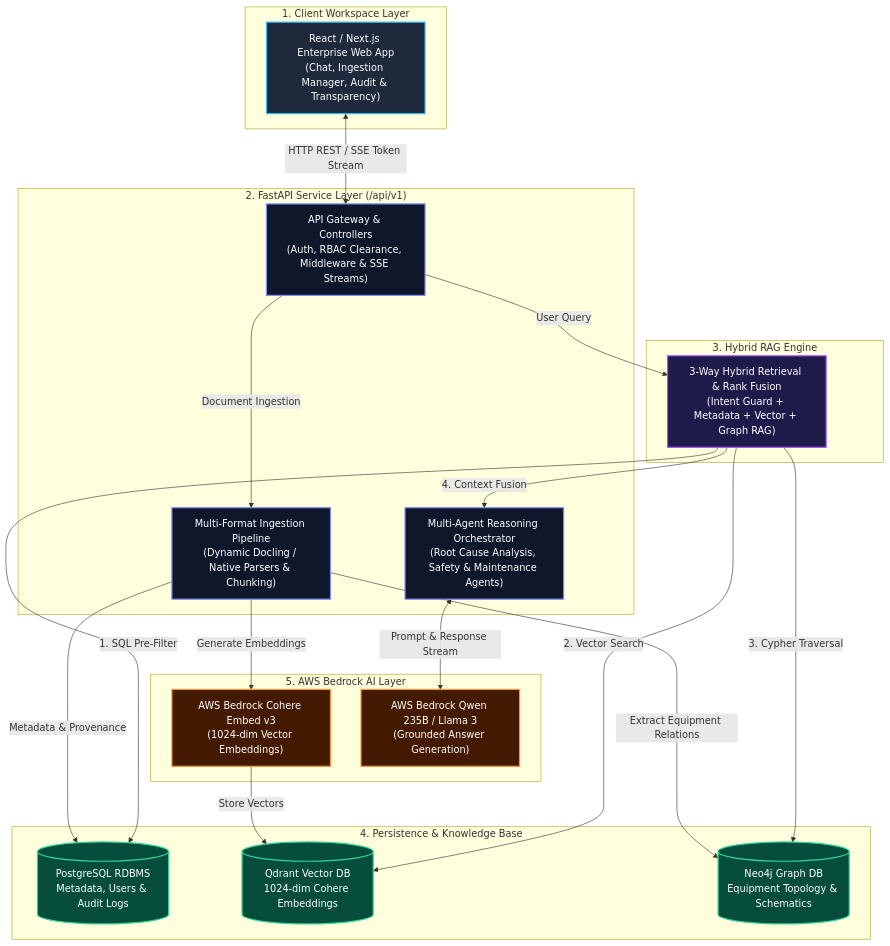
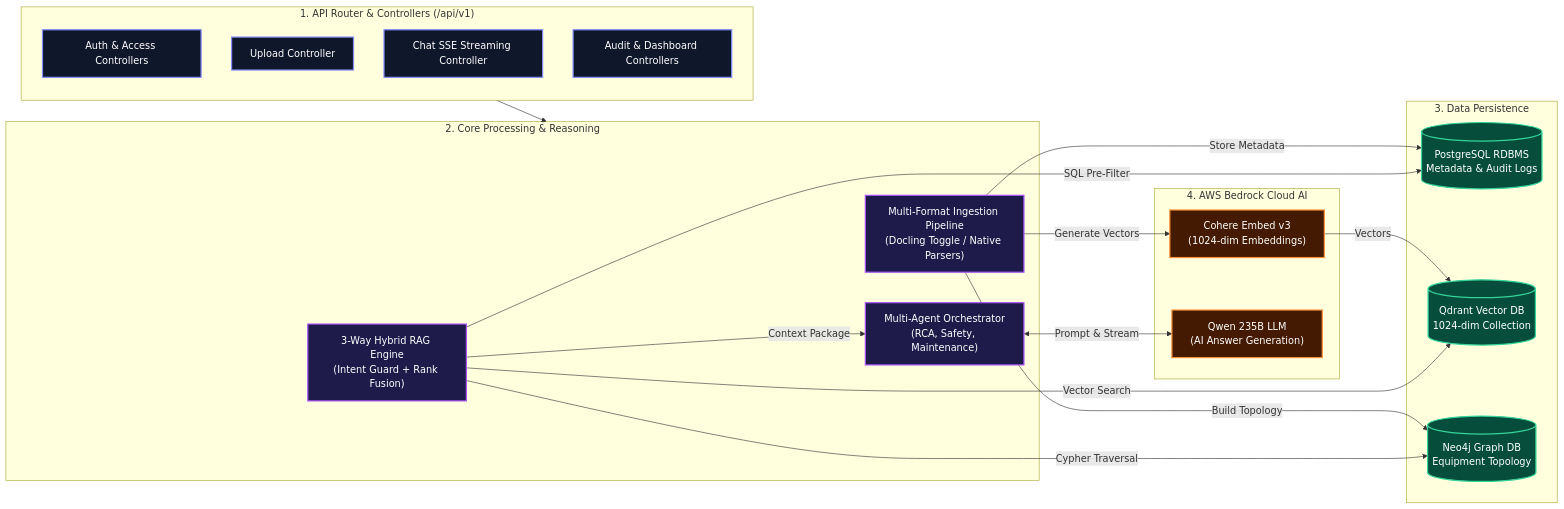
Before and after one commit to CHERRY0456/Sangrahalayamu---Unified-Brain-AI: the diagram in backend/README.md, drawn with Mermaid. The commit also changed other lines of this file and 2 other files, not shown here.

````diff
--- a/backend/README.md
+++ b/backend/README.md
@@ -9,49 +9,41 @@
 ```mermaid
-graph TD
-    classDef frontend fill:#1e293b,stroke:#38bdf8,stroke-width:2px,color:#fff;
-    classDef backend fill:#0f172a,stroke:#818cf8,stroke-width:2px,color:#fff;
-    classDef rag fill:#1e1b4b,stroke:#a855f7,stroke-width:2px,color:#fff;
-    classDef storage fill:#064e3b,stroke:#34d399,stroke-width:2px,color:#fff;
-    classDef bedrock fill:#451a03,stroke:#fb923c,stroke-width:2px,color:#fff;
+graph LR
+    classDef api fill:#0f172a,stroke:#818cf8,stroke-width:2px,color:#fff;
+    classDef engine fill:#1e1b4b,stroke:#a855f7,stroke-width:2px,color:#fff;
+    classDef db fill:#064e3b,stroke:#34d399,stroke-width:2px,color:#fff;
+    classDef ai fill:#451a03,stroke:#fb923c,stroke-width:2px,color:#fff;
 
-    subgraph UserInterface ["1. Client Workspace Layer"]
-        UI["React / Next.js Enterprise Web App<br/>(Chat, Ingestion Manager, Audit & Transparency)"]:::frontend
+    subgraph API ["1. API Router & Controllers (/api/v1)"]
+        A1["Auth & Access Controllers"]:::api
+        A2["Upload Controller"]:::api
+        A3["Chat SSE Streaming Controller"]:::api
+        A4["Audit & Dashboard Controllers"]:::api
     end
 
-    subgraph ApplicationLayer ["2. FastAPI Service Layer (/api/v1)"]
-        API["API Gateway & Controllers<br/>(Auth, RBAC Clearance, Middleware & SSE Streams)"]:::backend
-        Ingestion["Multi-Format Ingestion Pipeline<br/>(Dynamic Docling / Native Parsers & Chunking)"]:::backend
-        Agents["Multi-Agent Reasoning Orchestrator<br/>(Root Cause Analysis, Safety & Maintenance Agents)"]:::backend
+    subgraph CoreEngine ["2. Core Processing & Reasoning"]
+        E1["Multi-Format Ingestion Pipeline<br/>(Docling Toggle / Native Parsers)"]:::engine
+        E2["3-Way Hybrid RAG Engine<br/>(Intent Guard + Rank Fusion)"]:::engine
+        E3["Multi-Agent Orchestrator<br/>(RCA, Safety, Maintenance)"]:::engine
     end
 
-    subgraph HybridRAG ["3. Hybrid RAG Engine"]
-        Retrieval["3-Way Hybrid Retrieval & Rank Fusion<br/>(Intent Guard + Metadata + Vector + Graph RAG)"]:::rag
+    subgraph Storage ["3. Data Persistence"]
+        D1[(PostgreSQL RDBMS<br/>Metadata & Audit Logs)]:::db
+        D2[(Qdrant Vector DB<br/>1024-dim Collection)]:::db
+        D3[(Neo4j Graph DB<br/>Equipment Topology)]:::db
     end
 
-    subgraph DataPersistence ["4. Persistence & Knowledge Base"]
-        Postgres[(PostgreSQL RDBMS<br/>Metadata, Users & Audit Logs)]:::storage
-        Qdrant[(Qdrant Vector DB<br/>1024-dim Cohere Embeddings)]:::storage
-        Neo4j[(Neo4j Graph DB<br/>Equipment Topology & Schematics)]:::storage
+    subgraph Bedrock ["4. AWS Bedrock Cloud AI"]
+        B1["Cohere Embed v3<br/>(1024-dim Embeddings)"]:::ai
+        B2["Qwen 235B LLM<br/>(AI Answer Generation)"]:::ai
     end
 
-    subgraph FoundationAI ["5. AWS Bedrock AI Layer"]
-        Cohere["AWS Bedrock Cohere Embed v3<br/>(1024-dim Vector Embeddings)"]:::bedrock
-        LLM["AWS Bedrock Qwen 235B / Llama 3<br/>(Grounded Answer Generation)"]:::bedrock
-    end
-
-    %% Data flow connections
-    UI <-->|HTTP REST / SSE Token Stream| API
-    API -->|Document Ingestion| Ingestion
-    API -->|User Query| Retrieval
+    API --> CoreEngine
+    E1 -->|Store Metadata| D1
+    E1 -->|Generate Vectors| B1 -->|Vectors| D2
+    E1 -->|Build Topology| D3
     
-    Ingestion -->|Metadata & Provenance| Postgres
-    Ingestion -->|Generate Embeddings| Cohere -->|Store Vectors| Qdrant
-    Ingestion -->|Extract Equipment Relations| Neo4j
-    
-    Retrieval -->|1. SQL Pre-Filter| Postgres
-    Retrieval -->|2. Vector Search| Qdrant
-    Retrieval -->|3. Cypher Traversal| Neo4j
-    
-    Retrieval -->|4. Context Fusion| Agents
-    Agents <-->|Prompt & Response Stream| LLM
+    E2 -->|SQL Pre-Filter| D1
+    E2 -->|Vector Search| D2
+    E2 -->|Cypher Traversal| D3
+    E2 -->|Context Package| E3 <-->|Prompt & Stream| B2
 ```
````
